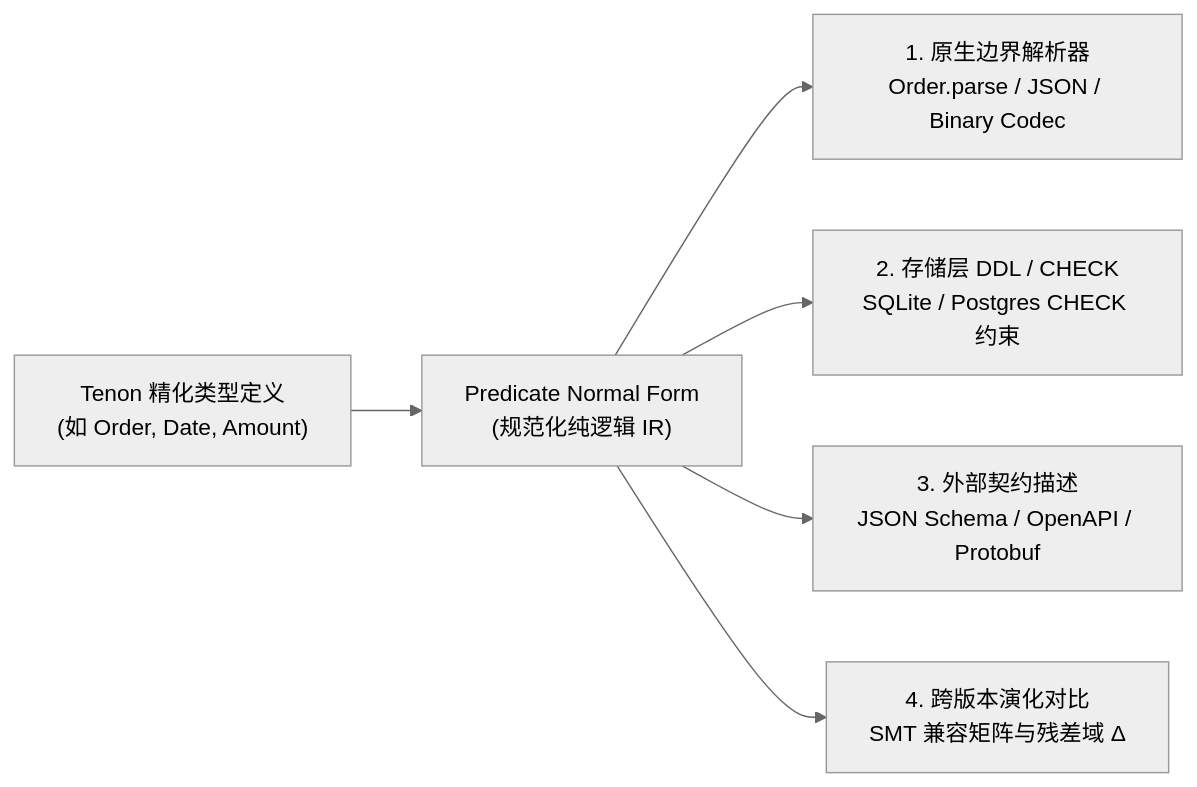
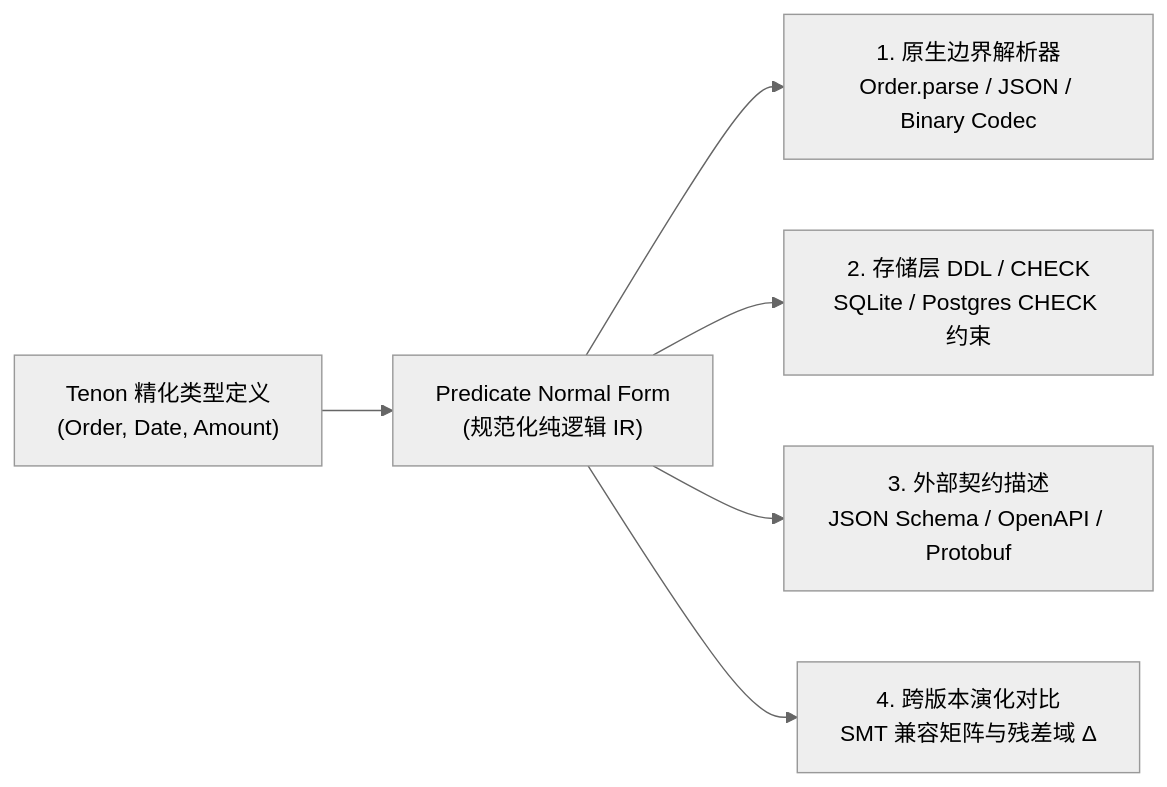
The diagram in docs/02-type-system-and-refinements.md (cpunion/tenon-lang), drawn with Mermaid (neutral theme) before and after one commit. The commit also changed other lines of this file and 7 other files, not shown here.

Commit message:
docs: finalize ADR-0001 with all 13 locked architecture decisions and align syntax/memory/modelcheck specs

````diff
--- a/docs/02-type-system-and-refinements.md
+++ b/docs/02-type-system-and-refinements.md
@@ -228,8 +223,8 @@
 ```mermaid
 flowchart LR
-    T["Tenon 精化类型定义\n(如 Order, Date, Amount)"] --> PNF["Predicate Normal Form\n(规范化纯逻辑 IR)"]
+    T["Tenon 精化类型定义\n(Order, Date, Amount)"] --> PNF["Predicate Normal Form\n(规范化纯逻辑 IR)"]
     PNF --> V["1. 原生边界解析器\nOrder.parse / JSON / Binary Codec"]
     PNF --> S["2. 存储层 DDL / CHECK\nSQLite / Postgres CHECK 约束"]
     PNF --> O["3. 外部契约描述\nJSON Schema / OpenAPI / Protobuf"]
     PNF --> E["4. 跨版本演化对比\nSMT 兼容矩阵与残差域 Δ"]
 ```
````
